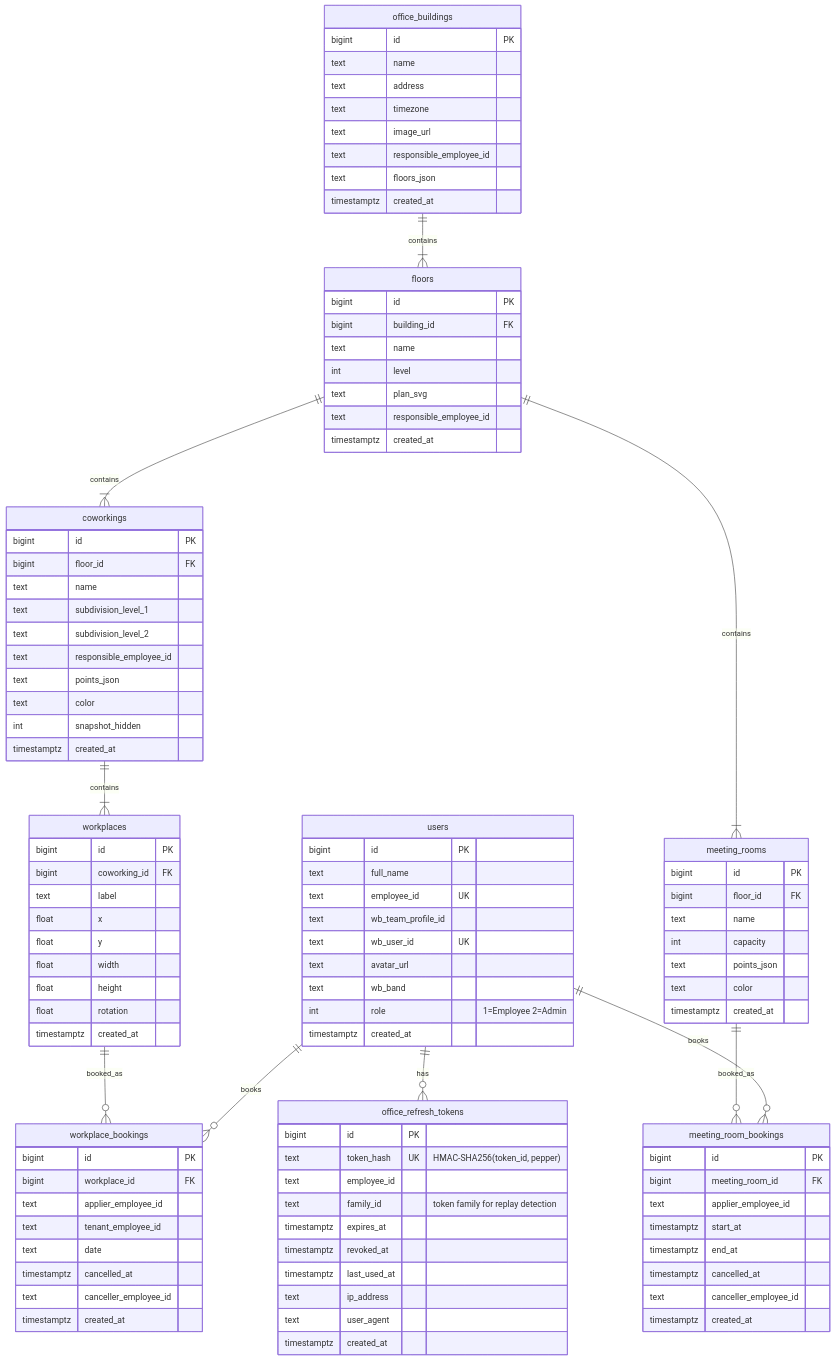
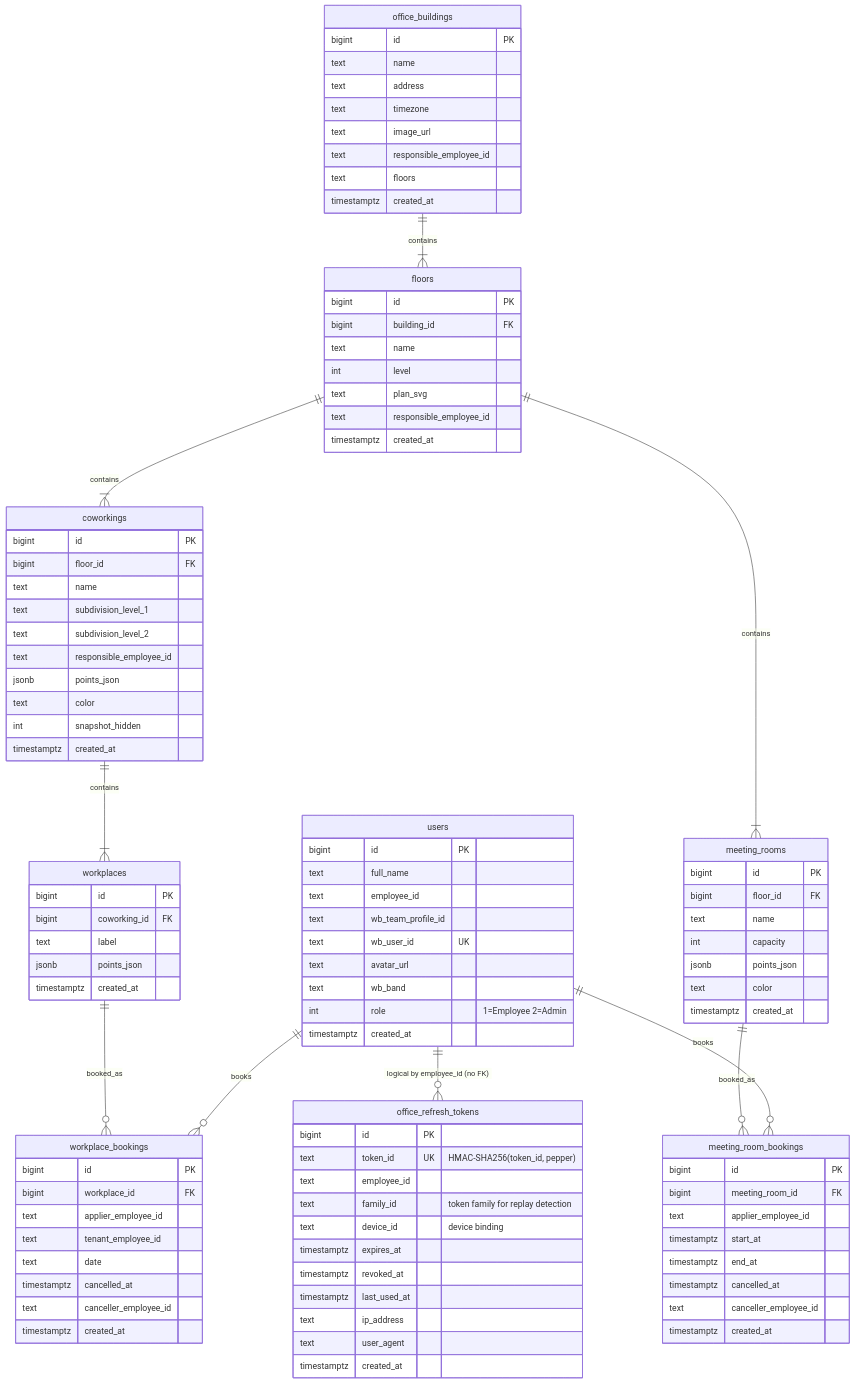
The ninth of 9 diagrams in DATA_FLOW_DIAGRAM.md (radiantbald/office-management), drawn with Mermaid before and after one commit. The commit also changed other lines of this file and 2 other files, not shown here.

```diff
--- a/DATA_FLOW_DIAGRAM.md
+++ b/DATA_FLOW_DIAGRAM.md
@@ -412,7 +412,7 @@
 erDiagram
     users ||--o{ workplace_bookings : "books"
     users ||--o{ meeting_room_bookings : "books"
-    users ||--o{ office_refresh_tokens : "has"
+    users ||--o{ office_refresh_tokens : "logical by employee_id (no FK)"
     
     office_buildings ||--|{ floors : "contains"
     
@@ -428,7 +428,7 @@
     users {
         bigint id PK
         text full_name
-        text employee_id UK
+        text employee_id
         text wb_team_profile_id
         text wb_user_id UK
         text avatar_url
@@ -444,7 +444,7 @@
         text timezone
         text image_url
         text responsible_employee_id
-        text floors_json
+        text floors
         timestamptz created_at
     }
     
@@ -465,7 +465,7 @@
         text subdivision_level_1
         text subdivision_level_2
         text responsible_employee_id
-        text points_json
+        jsonb points_json
         text color
         int snapshot_hidden
         timestamptz created_at
@@ -475,11 +475,7 @@
         bigint id PK
         bigint coworking_id FK
         text label
-        float x
-        float y
-        float width
-        float height
-        float rotation
+        jsonb points_json
         timestamptz created_at
     }
     
@@ -499,7 +495,7 @@
         bigint floor_id FK
         text name
         int capacity
-        text points_json
+        jsonb points_json
         text color
         timestamptz created_at
     }
@@ -517,9 +513,10 @@
     
     office_refresh_tokens {
         bigint id PK
-        text token_hash UK "HMAC-SHA256(token_id, pepper)"
+        text token_id UK "HMAC-SHA256(token_id, pepper)"
         text employee_id
         text family_id "token family for replay detection"
+        text device_id "device binding"
         timestamptz expires_at
         timestamptz revoked_at
         timestamptz last_used_at
```
